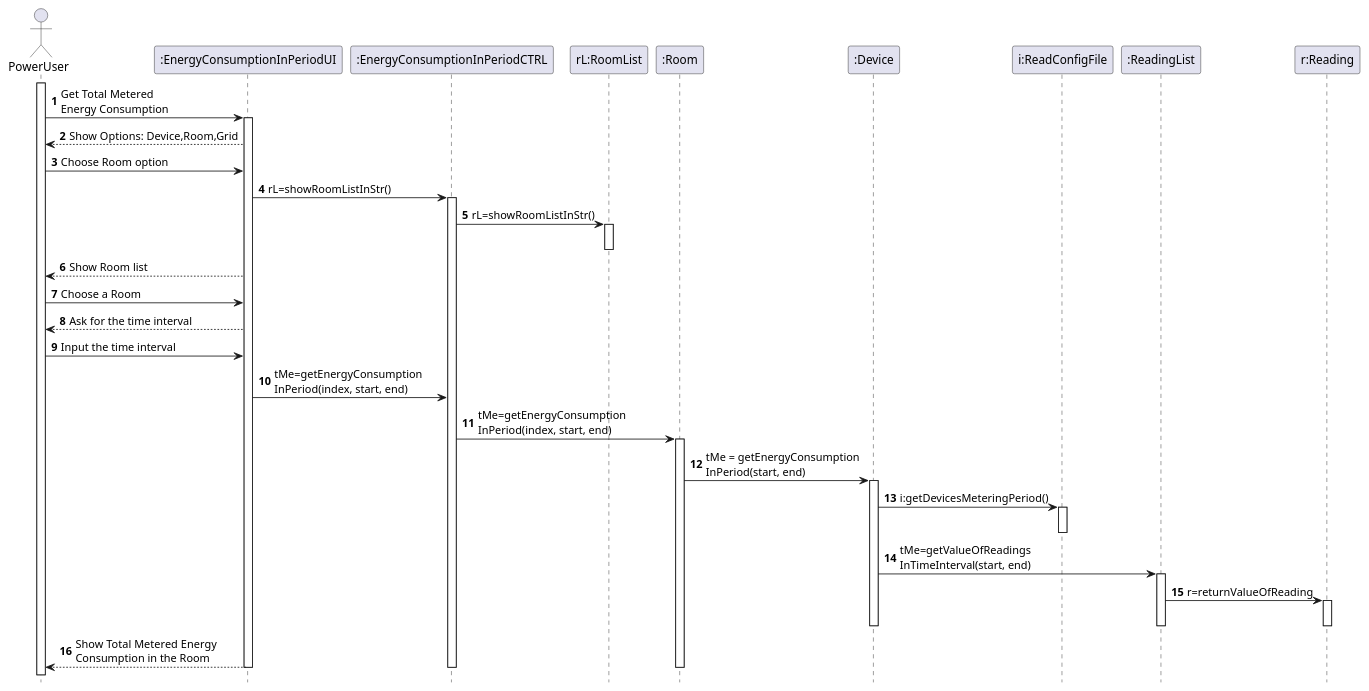
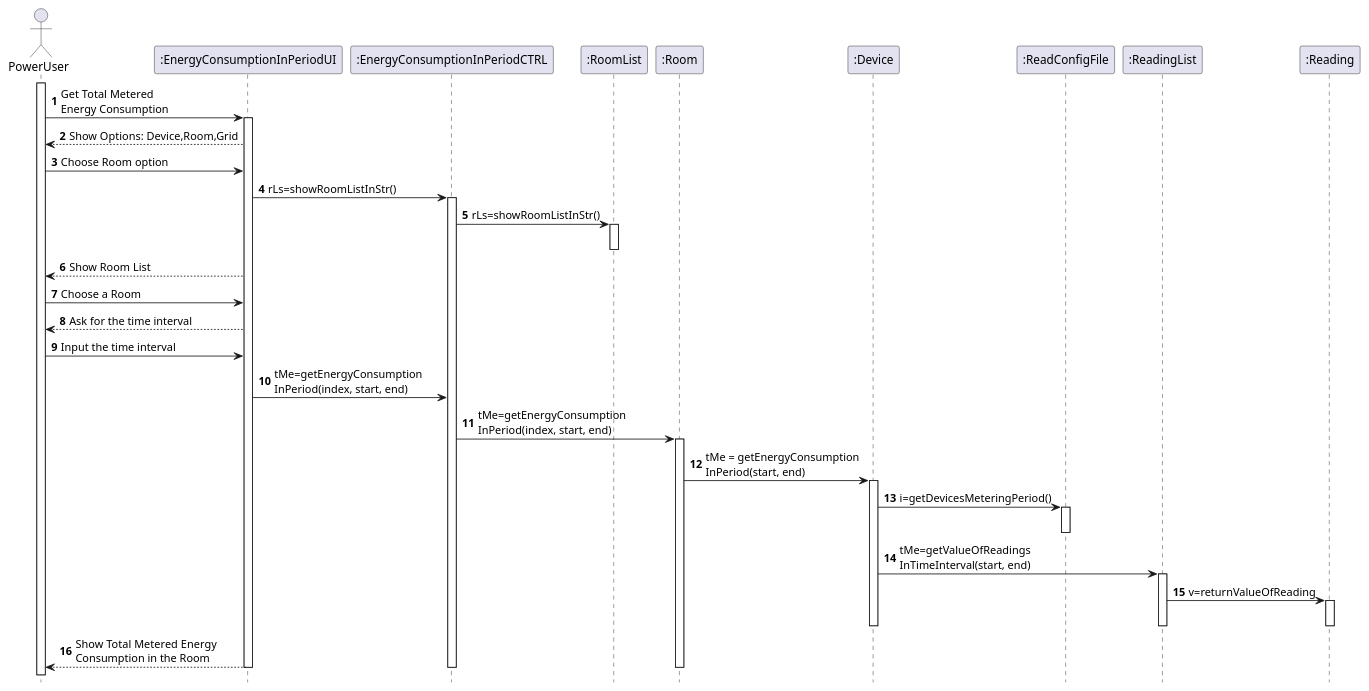
Before and after one commit to emanuel-pereira/hou: the diagram in src/main/java/smarthome/uml/sequencediagrams/RoomEnergyConsumptionInPeriod.puml, drawn with PlantUML. The commit also changed 1 other file, not shown here.

Commit message:
Update EnergyConsumptionInPeriod UML

```diff
--- a/src/main/java/smarthome/uml/sequencediagrams/RoomEnergyConsumptionInPeriod.puml
+++ b/src/main/java/smarthome/uml/sequencediagrams/RoomEnergyConsumptionInPeriod.puml
@@ -1,41 +1,41 @@
 @startuml
 autonumber
 hidefootbox
 actor PowerUser
 
 activate PowerUser
 PowerUser -> ":EnergyConsumptionInPeriodUI": Get Total Metered\nEnergy Consumption
 activate  ":EnergyConsumptionInPeriodUI"
 PowerUser <-- ":EnergyConsumptionInPeriodUI": Show Options: Device,Room,Grid
 PowerUser -> ":EnergyConsumptionInPeriodUI": Choose Room option
-":EnergyConsumptionInPeriodUI" -> ":EnergyConsumptionInPeriodCTRL": rL=showRoomListInStr()
+":EnergyConsumptionInPeriodUI" -> ":EnergyConsumptionInPeriodCTRL": rLs=showRoomListInStr()
 activate ":EnergyConsumptionInPeriodCTRL"
-":EnergyConsumptionInPeriodCTRL" -> "rL:RoomList": rL=showRoomListInStr()
-activate "rL:RoomList"
-deactivate "rL:RoomList"
-PowerUser <-- ":EnergyConsumptionInPeriodUI": Show Room list
+":EnergyConsumptionInPeriodCTRL" -> ":RoomList": rLs=showRoomListInStr()
+activate ":RoomList"
+deactivate ":RoomList"
+PowerUser <-- ":EnergyConsumptionInPeriodUI": Show Room List
 PowerUser -> ":EnergyConsumptionInPeriodUI": Choose a Room
 PowerUser <-- ":EnergyConsumptionInPeriodUI": Ask for the time interval
 PowerUser -> ":EnergyConsumptionInPeriodUI": Input the time interval
 ":EnergyConsumptionInPeriodUI" -> ":EnergyConsumptionInPeriodCTRL": tMe=getEnergyConsumption\nInPeriod(index, start, end)
 ":EnergyConsumptionInPeriodCTRL" -> ":Room": tMe=getEnergyConsumption\nInPeriod(index, start, end)
 activate ":Room"
 ":Room" -> ":Device": tMe = getEnergyConsumption\nInPeriod(start, end)
 activate ":Device"
-":Device" -> "i:ReadConfigFile": i:getDevicesMeteringPeriod()
-activate "i:ReadConfigFile"
-deactivate "i:ReadConfigFile"
+":Device" -> ":ReadConfigFile": i=getDevicesMeteringPeriod()
+activate ":ReadConfigFile"
+deactivate ":ReadConfigFile"
 ":Device" -> ":ReadingList": tMe=getValueOfReadings\nInTimeInterval(start, end)
 activate ":ReadingList"
-":ReadingList" -> "r:Reading": r=returnValueOfReading
-activate "r:Reading"
-deactivate "r:Reading"
+":ReadingList" -> ":Reading": v=returnValueOfReading
+activate ":Reading"
+deactivate ":Reading"
 deactivate ":ReadingList"
 deactivate ":Device"
 PowerUser <-- ":EnergyConsumptionInPeriodUI": Show Total Metered Energy\nConsumption in the Room
 deactivate ":Room"
 deactivate ":EnergyConsumptionInPeriodCTRL"
 deactivate ":EnergyConsumptionInPeriodUI"
 
 
 @enduml
```
